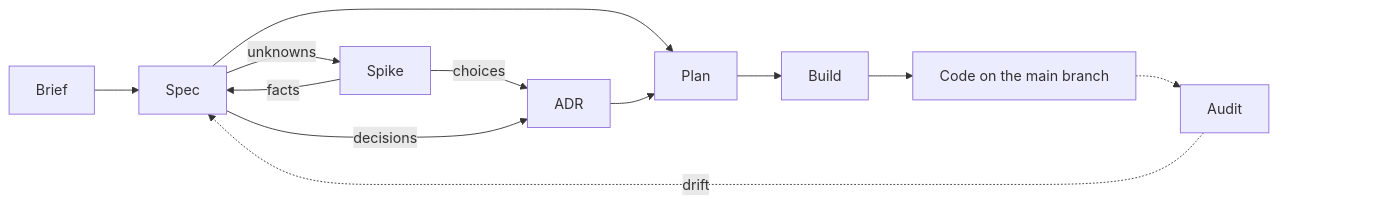
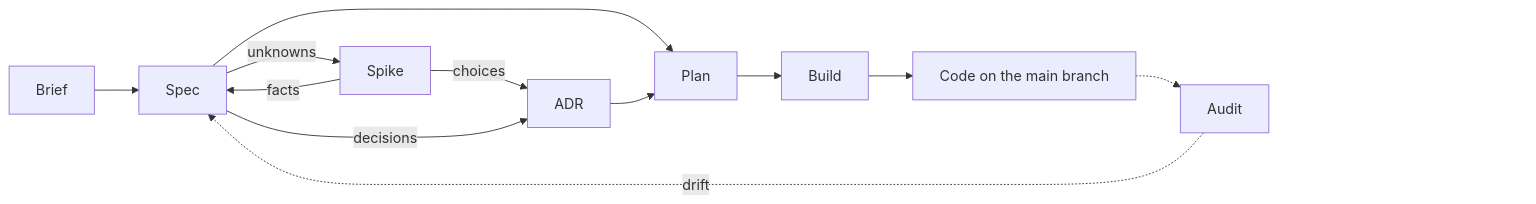
Before and after one commit to michaelmarconi/agentic-engineering: the first of 2 diagrams in README.md, drawn with Mermaid. The commit also changed other lines of this file, not shown here.

Commit message:
docs: widen the README diagrams' right-hand padding
Claude-Session: https://claude.ai/code/session_01NCq9p8hX4Co6v6y5xdGfCM

````diff
--- a/README.md
+++ b/README.md
@@ -90,16 +90,16 @@
 ```mermaid
 flowchart LR
     Brief --> Spec
     Spec -->|unknowns| Spike
     Spike -->|facts| Spec
     Spike -->|choices| ADR
     Spec -->|decisions| ADR
     Spec --> Plan
     ADR --> Plan
     Plan --> Build
     Build --> Code[Code on the main branch]
     Code -.-> Audit
     Audit -.->|drift| Spec
-    Audit ~~~ Pad[" "]
+    Audit ~~~ Pad["#nbsp;#nbsp;#nbsp;#nbsp;#nbsp;#nbsp;#nbsp;#nbsp;#nbsp;#nbsp;#nbsp;#nbsp;#nbsp;#nbsp;#nbsp;#nbsp;#nbsp;#nbsp;#nbsp;#nbsp;#nbsp;#nbsp;#nbsp;#nbsp;#nbsp;#nbsp;#nbsp;#nbsp;#nbsp;#nbsp;#nbsp;#nbsp;#nbsp;#nbsp;#nbsp;#nbsp;#nbsp;#nbsp;#nbsp;#nbsp;"]
     style Pad fill:none,stroke:none
 ```
````
